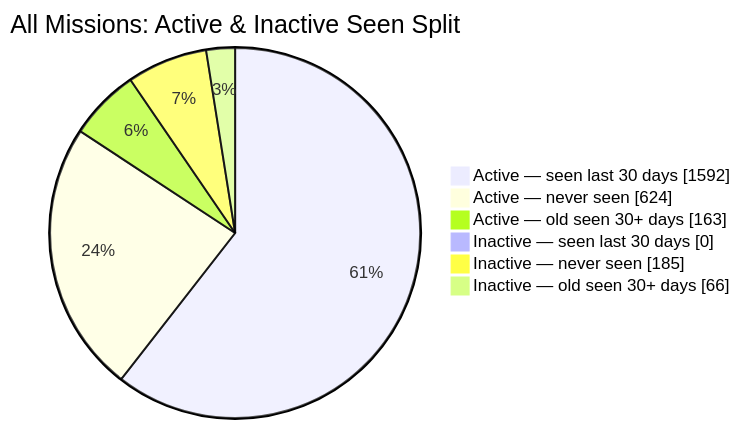
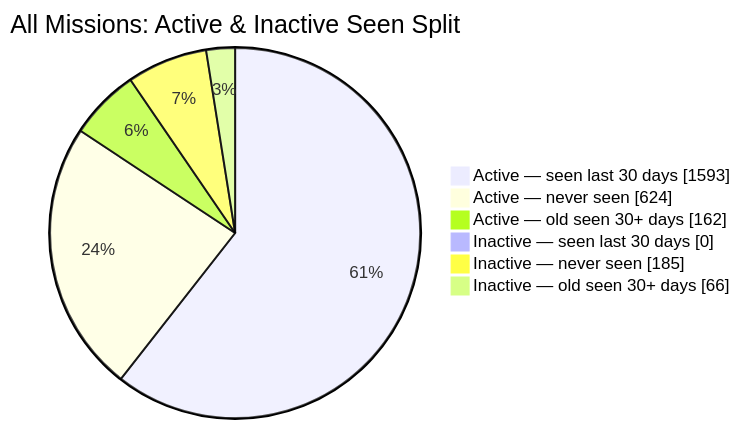
Before and after one commit to MeldkamerspelGameTeam/active-missions: the second of 2 diagrams in README.md, drawn with Mermaid. The commit also changed other lines of this file and 2 other files, not shown here.

````diff
--- a/README.md
+++ b/README.md
@@ -44,10 +44,10 @@
 ```mermaid
 pie showData
     title All Missions: Active & Inactive Seen Split
-    "Active — seen last 30 days" : 1592
+    "Active — seen last 30 days" : 1593
     "Active — never seen" : 624
-    "Active — old seen 30+ days" : 163
+    "Active — old seen 30+ days" : 162
     "Inactive — seen last 30 days" : 0
     "Inactive — never seen" : 185
     "Inactive — old seen 30+ days" : 66
 ```
````
